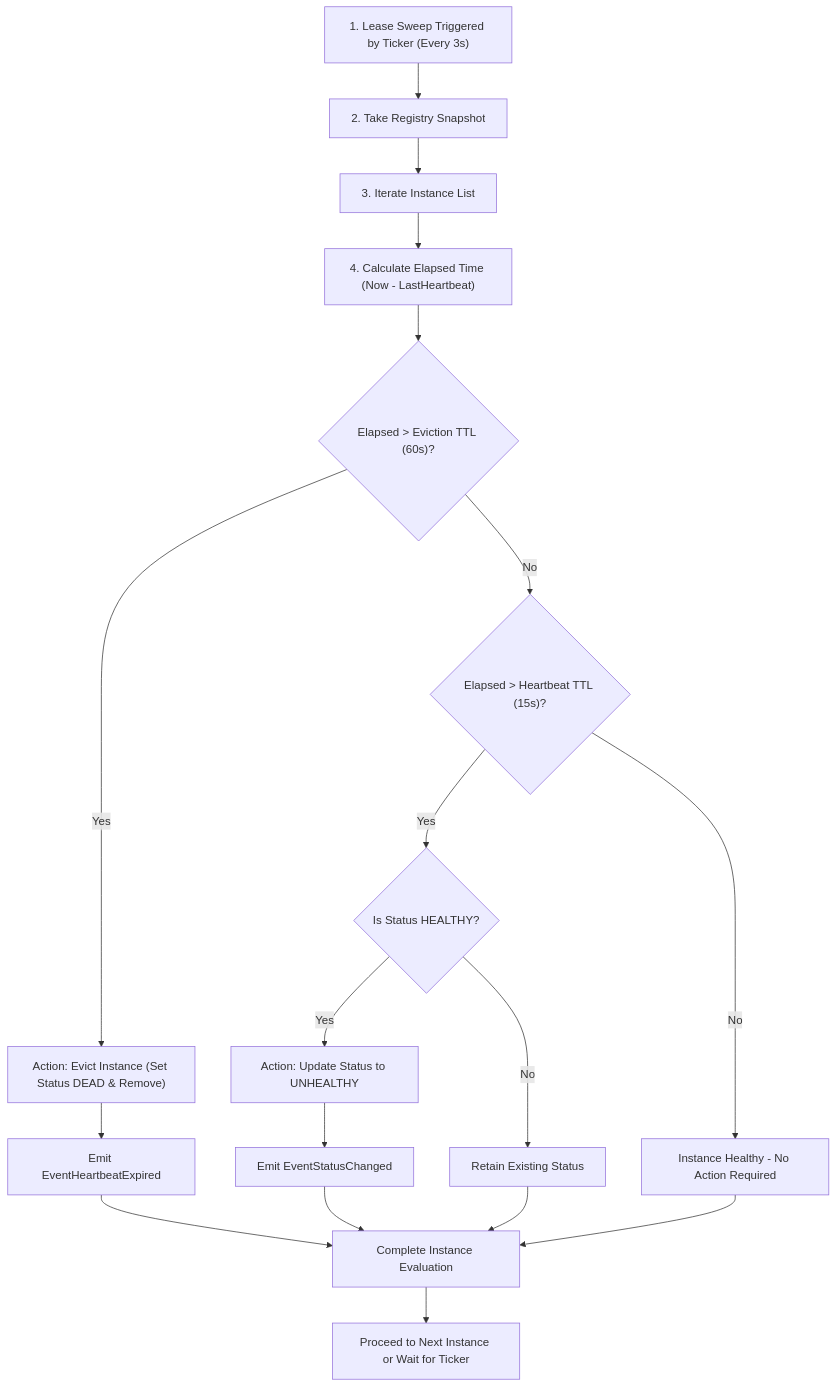
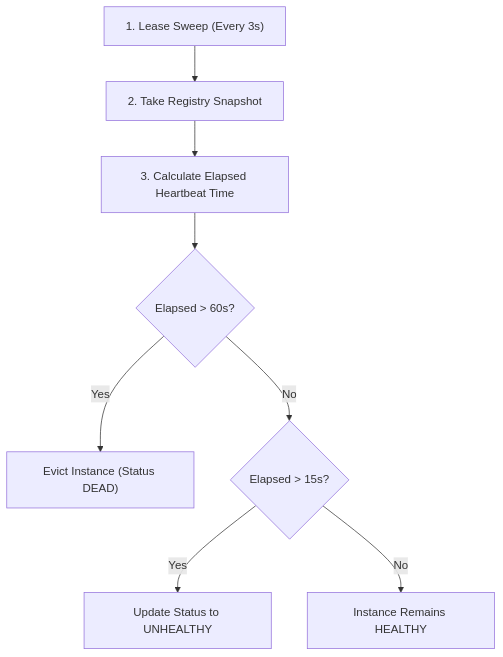
One commit to Chief-Strategist-J/llm-observability-platform changed the fourth of 6 diagrams in packages/configs/llm-obs-infra/docs/architectureDoc/adr-0009-service-registry-and-discovery.md. Above: the diagram before and after it, drawn with Mermaid. The commit also changed other lines of this file, not shown here.

Commit message:
fix(docs): universal rendering fix for all 6 Mermaid diagrams in ADR-0009

````diff
--- a/packages/configs/llm-obs-infra/docs/architectureDoc/adr-0009-service-registry-and-discovery.md
+++ b/packages/configs/llm-obs-infra/docs/architectureDoc/adr-0009-service-registry-and-discovery.md
@@ -363,25 +287,10 @@
 ```mermaid
 graph TD
-    Step1["1. Lease Sweep Triggered by Ticker (Every 3s)"] --> Step2["2. Take Registry Snapshot"]
-    Step2 --> Step3["3. Iterate Instance List"]
-    Step3 --> Step4["4. Calculate Elapsed Time (Now - LastHeartbeat)"]
-    
-    Step4 --> Check1{"Elapsed > Eviction TTL (60s)?"}
-    Check1 -->|Yes| Action1["Action: Evict Instance (Set Status DEAD & Remove)"]
-    Action1 --> Event1["Emit EventHeartbeatExpired"]
-    
-    Check1 -->|No| Check2{"Elapsed > Heartbeat TTL (15s)?"}
-    Check2 -->|Yes| Check3{"Is Status HEALTHY?"}
-    Check3 -->|Yes| Action2["Action: Update Status to UNHEALTHY"]
-    Action2 --> Event2["Emit EventStatusChanged"]
-    
-    Check3 -->|No| Skip1["Retain Existing Status"]
-    Check2 -->|No| Skip2["Instance Healthy - No Action Required"]
-    
-    Event1 --> Finish["Complete Instance Evaluation"]
-    Event2 --> Finish
-    Skip1 --> Finish
-    Skip2 --> Finish
-    
-    Finish --> Next["Proceed to Next Instance or Wait for Ticker"]
+    A["1. Lease Sweep (Every 3s)"] --> B["2. Take Registry Snapshot"]
+    B --> C["3. Calculate Elapsed Heartbeat Time"]
+    C --> D{"Elapsed > 60s?"}
+    D -->|Yes| E["Evict Instance (Status DEAD)"]
+    D -->|No| F{"Elapsed > 15s?"}
+    F -->|Yes| G["Update Status to UNHEALTHY"]
+    F -->|No| H["Instance Remains HEALTHY"]
 ```
````
